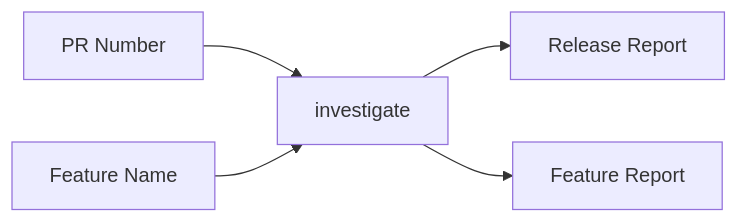
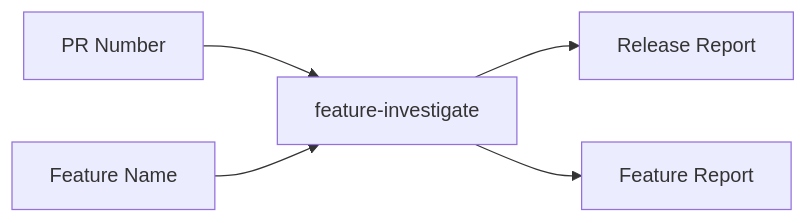
Before and after one commit to tkykenmt/opensearch-feature-explorer: the sixth of 7 diagrams in README.md, drawn with Mermaid. The commit also changed other lines of this file and 12 other files, not shown here.

First line of the commit message:
feat: add release-investigate and feature-investigate commands

````diff
--- a/README.md
+++ b/README.md
@@ -165,7 +177,7 @@
 ```mermaid
 flowchart LR
-    A[PR Number] --> B[investigate]
+    A[PR Number] --> B[feature-investigate]
     C[Feature Name] --> B
     B --> D[Release Report]
     B --> E[Feature Report]
 ```
````
